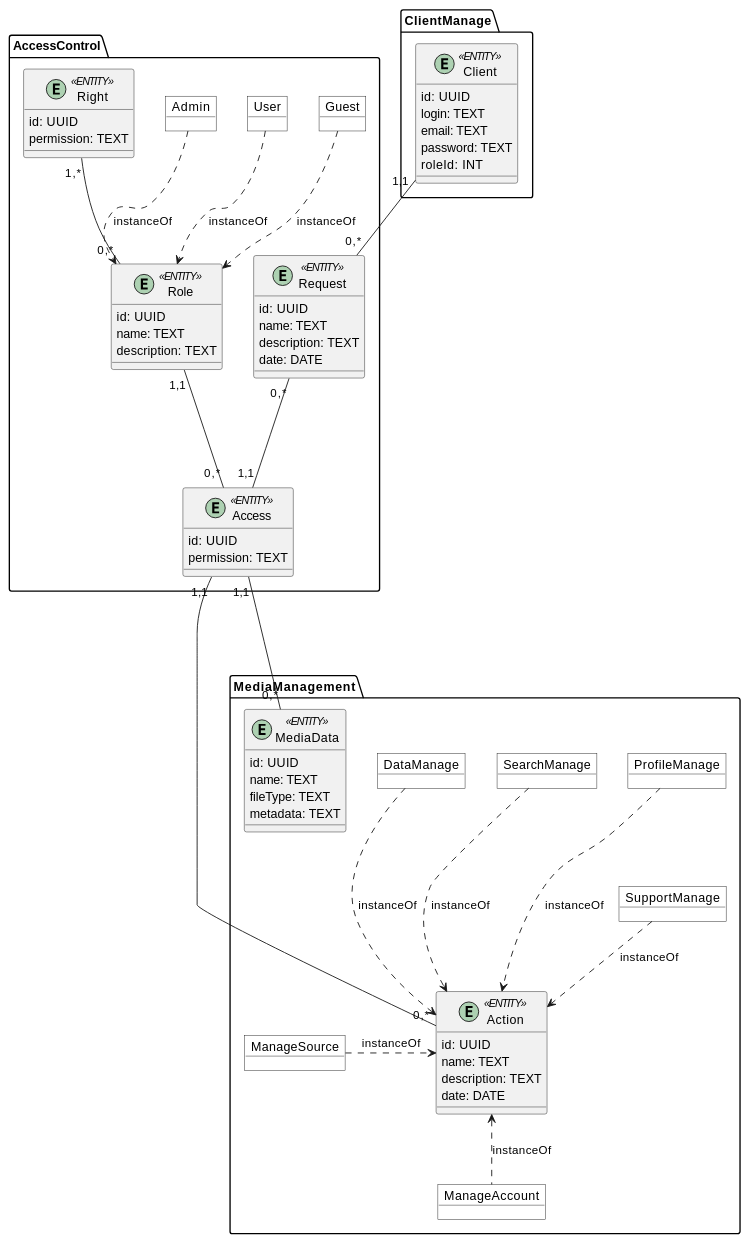
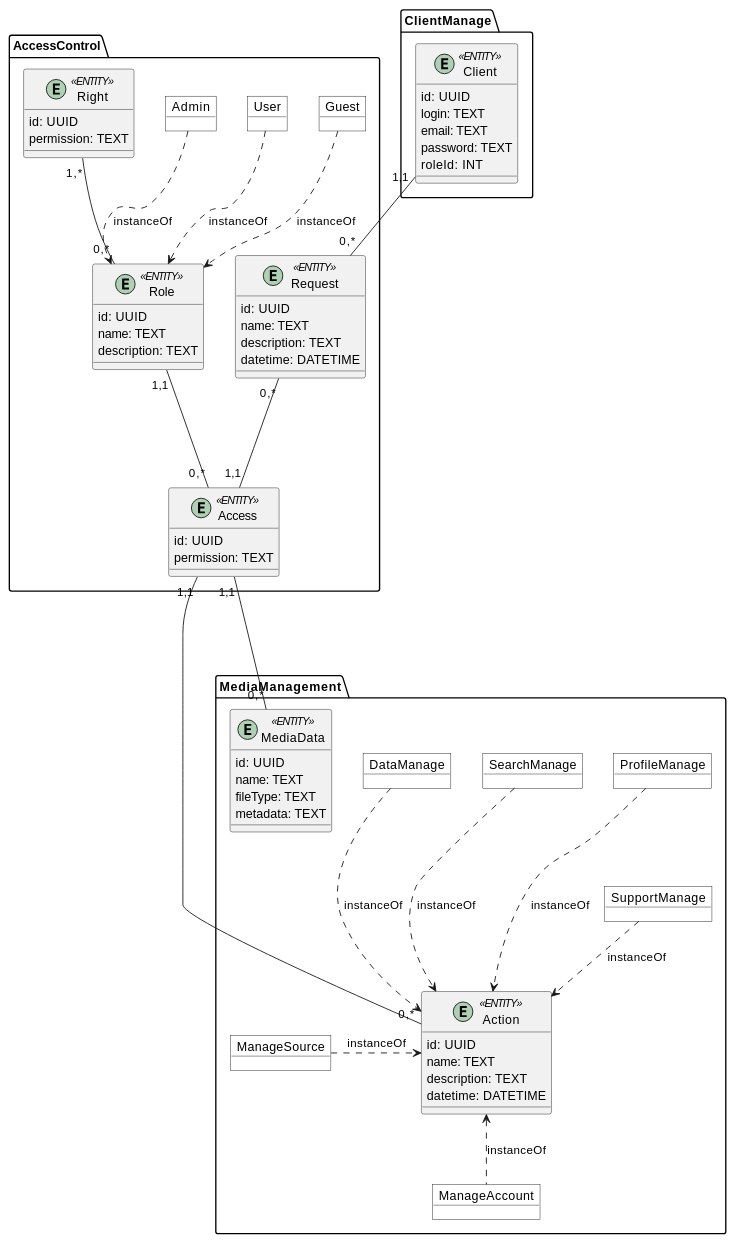
The second of 2 diagrams in docs/design/README.md (nonGratis/retarder-io-23-3), drawn with PlantUML before and after one commit. The commit also changed other lines of this file, not shown here.

Commit message:
date to datetime in Design

```diff
--- a/docs/design/README.md
+++ b/docs/design/README.md
@@ -130,7 +130,7 @@
         id: UUID
         name: TEXT
         description: TEXT
-        date: DATE
+        datetime: DATETIME
       }
 
       entity Access <<ENTITY>> {
@@ -144,7 +144,7 @@
         id: UUID
         name: TEXT
         description: TEXT
-        date: DATE
+        datetime: DATETIME
       }
       
       object SupportManage #white
```
